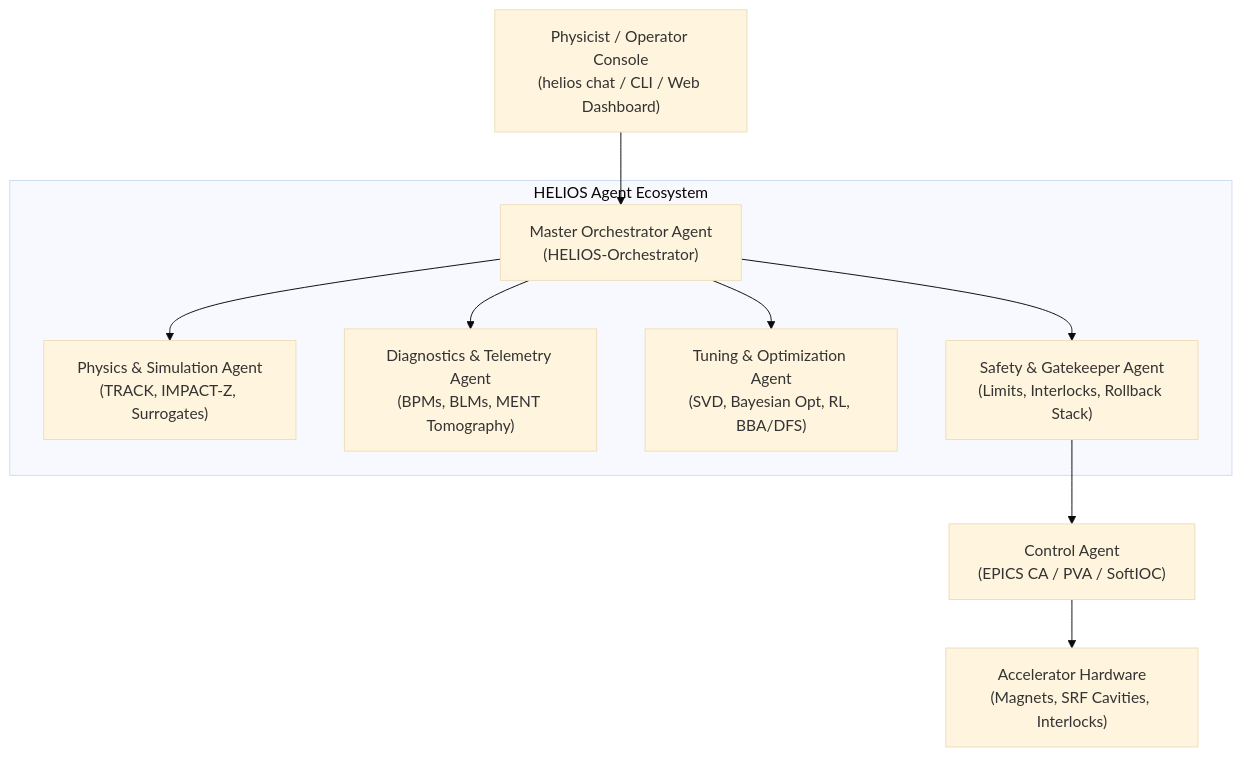
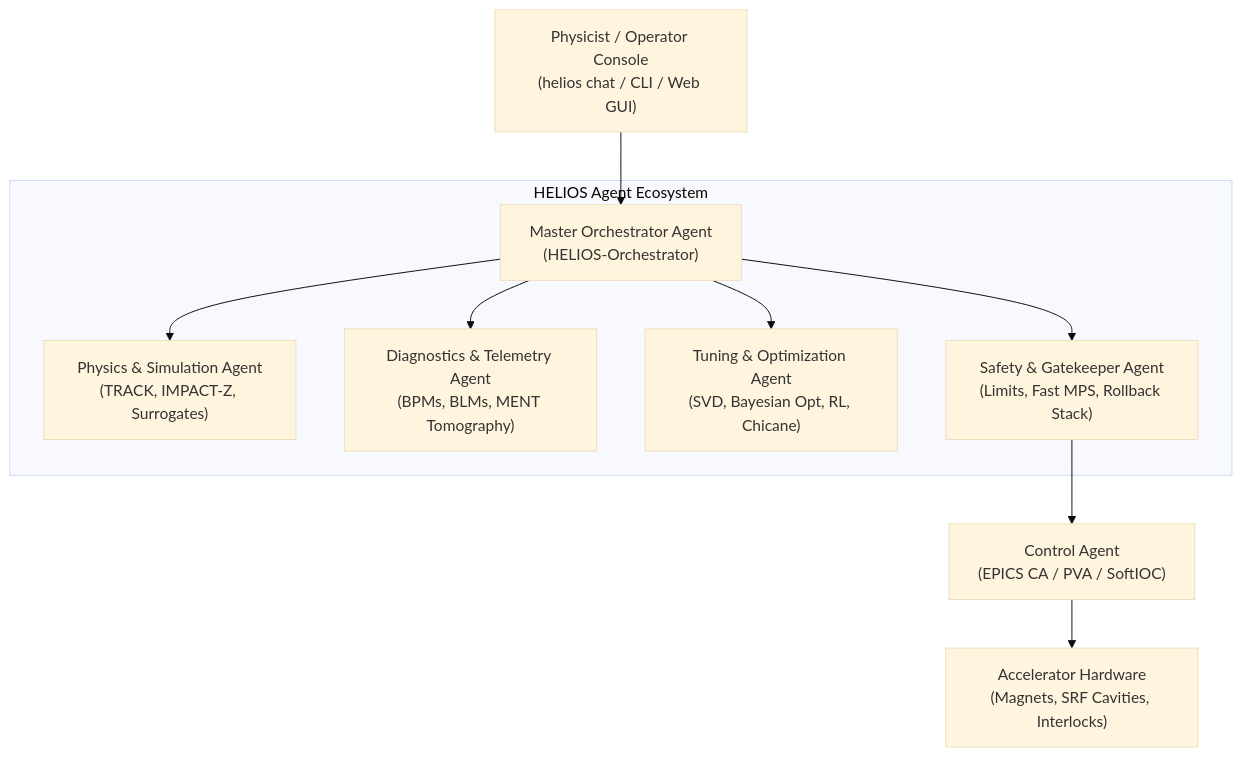
The diagram in docs/manual/manual.md (cspark7701/helios), drawn with Mermaid (base theme) before and after one commit. The commit also changed other lines of this file and 2 other files, not shown here.

First line of the commit message:
docs(manual): update user and developer manual with installation, usage, and physics

````diff
--- a/docs/manual/manual.md
+++ b/docs/manual/manual.md
@@ -12,14 +14,14 @@
 ```mermaid
 flowchart TD
-    User["Physicist / Operator Console\n(helios chat / CLI / Web Dashboard)"] --> Orch["Master Orchestrator Agent\n(HELIOS-Orchestrator)"]
+    User["Physicist / Operator Console\n(helios chat / CLI / Web GUI)"] --> Orch["Master Orchestrator Agent\n(HELIOS-Orchestrator)"]
     
     subgraph CoreAgents["HELIOS Agent Ecosystem"]
         Orch --> Phys["Physics & Simulation Agent\n(TRACK, IMPACT-Z, Surrogates)"]
         Orch --> Diag["Diagnostics & Telemetry Agent\n(BPMs, BLMs, MENT Tomography)"]
-        Orch --> Tuner["Tuning & Optimization Agent\n(SVD, Bayesian Opt, RL, BBA/DFS)"]
-        Orch --> Safety["Safety & Gatekeeper Agent\n(Limits, Interlocks, Rollback Stack)"]
+        Orch --> Tuner["Tuning & Optimization Agent\n(SVD, Bayesian Opt, RL, Chicane)"]
+        Orch --> Safety["Safety & Gatekeeper Agent\n(Limits, Fast MPS, Rollback Stack)"]
     end
     
     Safety --> Control["Control Agent\n(EPICS CA / PVA / SoftIOC)"]
     Control --> Hardware["Accelerator Hardware\n(Magnets, SRF Cavities, Interlocks)"]
 ```
````
